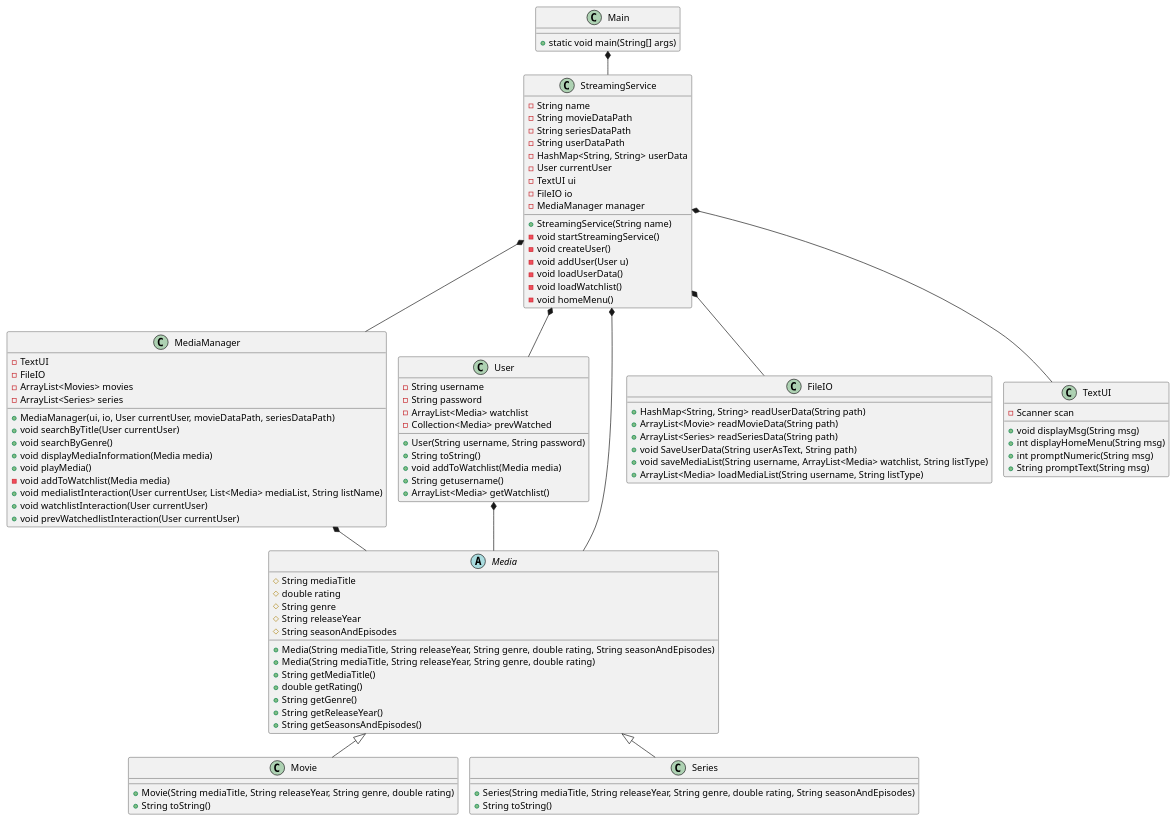
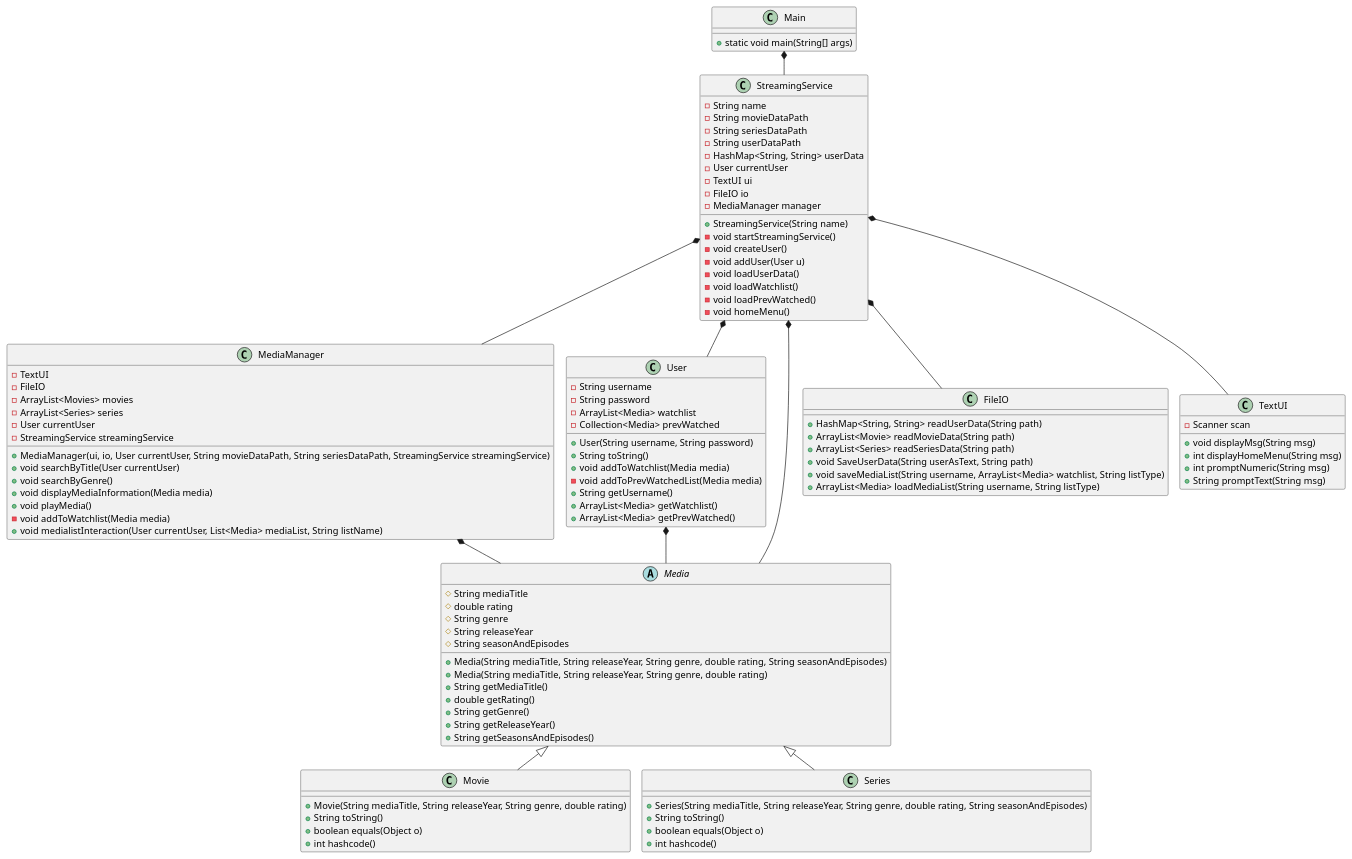
One commit to EmilDagsberg/SP3 changed the diagram in doc/classdiagram/classdiagram_v1.puml. Above: the diagram before and after it, drawn with PlantUML. The commit also changed 2 other files, not shown here.

```diff
--- a/doc/classdiagram/classdiagram_v1.puml
+++ b/doc/classdiagram/classdiagram_v1.puml
@@ -1,113 +1,117 @@
 @startuml
 !pragma layout smetana
 
 class Main {
 + static void main(String[] args)
 }
 
 class StreamingService{
 - String name
 - String movieDataPath
 - String seriesDataPath
 - String userDataPath
 - HashMap<String, String> userData
 - User currentUser
 - TextUI ui
 - FileIO io
 - MediaManager manager
 + StreamingService(String name)
 - void startStreamingService()
 - void createUser()
 - void addUser(User u)
 - void loadUserData()
 - void loadWatchlist()
+- void loadPrevWatched()
 - void homeMenu()
 
 
 }
 
 class MediaManager {
 - TextUI
 - FileIO
 - ArrayList<Movies> movies
 - ArrayList<Series> series
-+ MediaManager(ui, io, User currentUser, movieDataPath, seriesDataPath)
+- User currentUser
+- StreamingService streamingService
++ MediaManager(ui, io, User currentUser, String movieDataPath, String seriesDataPath, StreamingService streamingService)
 + void searchByTitle(User currentUser)
 + void searchByGenre()
 + void displayMediaInformation(Media media)
 + void playMedia()
 - void addToWatchlist(Media media)
 + void medialistInteraction(User currentUser, List<Media> mediaList, String listName)
-+ void watchlistInteraction(User currentUser)
-+ void prevWatchedlistInteraction(User currentUser)
 }
 
 class User {
 - String username
 - String password
 - ArrayList<Media> watchlist
 - Collection<Media> prevWatched
 + User(String username, String password)
 + String toString()
 + void addToWatchlist(Media media)
-+ String getusername()
+- void addToPrevWatchedList(Media media)
++ String getUsername()
 + ArrayList<Media> getWatchlist()
++ ArrayList<Media> getPrevWatched()
 }
 
 
 abstract class Media{
 # String mediaTitle
 # double rating
 # String genre
 # String releaseYear
 # String seasonAndEpisodes
 +Media(String mediaTitle, String releaseYear, String genre, double rating, String seasonAndEpisodes)
 +Media(String mediaTitle, String releaseYear, String genre, double rating)
 +String getMediaTitle()
 +double getRating()
 +String getGenre()
 +String getReleaseYear()
 +String getSeasonsAndEpisodes()
 }
 
 class Movie{
 + Movie(String mediaTitle, String releaseYear, String genre, double rating)
-+String toString()
-'metode der loader liste over film?
-
++ String toString()
++ boolean equals(Object o)
++ int hashcode()
 }
 
 class Series{
 +Series(String mediaTitle, String releaseYear, String genre, double rating, String seasonAndEpisodes)
 +String toString()
-'metode der loader liste over serier?
++ boolean equals(Object o)
++ int hashcode()
 }
 
 class FileIO {
 + HashMap<String, String> readUserData(String path)
 + ArrayList<Movie> readMovieData(String path)
 + ArrayList<Series> readSeriesData(String path)
 + void SaveUserData(String userAsText, String path)
 + void saveMediaList(String username, ArrayList<Media> watchlist, String listType)
 + ArrayList<Media> loadMediaList(String username, String listType)
 }
 
 class TextUI {
 - Scanner scan
 + void displayMsg(String msg)
 + int displayHomeMenu(String msg)
 + int promptNumeric(String msg)
 + String promptText(String msg)
 }
 
 Main *-- StreamingService
 StreamingService *-- MediaManager
 MediaManager *-- Media
 StreamingService *-- User
 StreamingService *-- FileIO
 StreamingService *-- TextUI
 Media <|-- Movie
 Media <|-- Series
 StreamingService *-- Media
 User *-- Media
 @enduml
```
